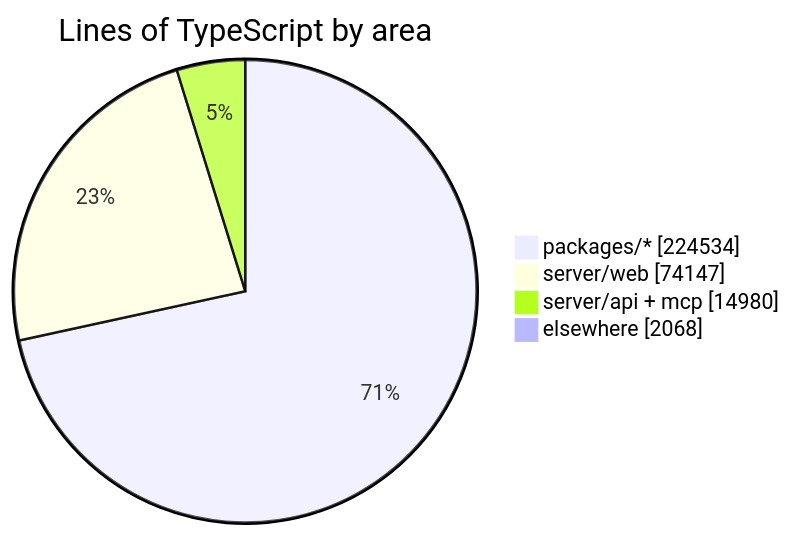
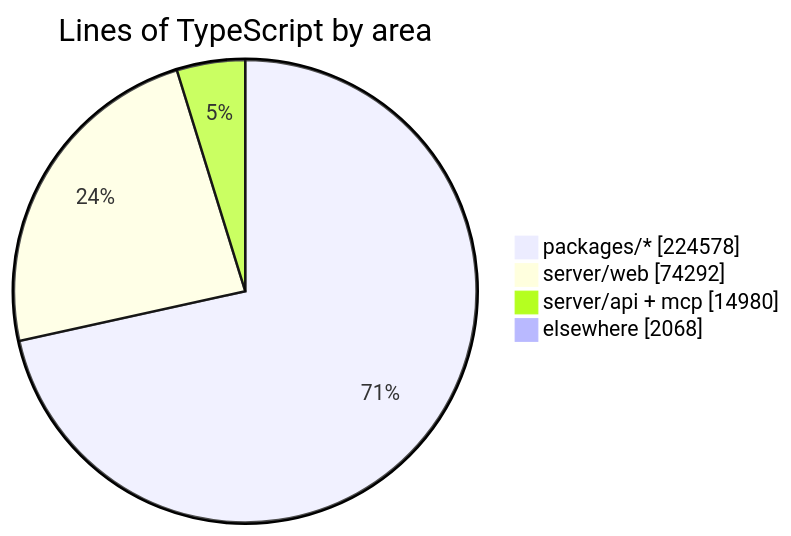
One commit to crossworks-engineering/mantle changed the diagram in README.md. Above: the diagram before and after it, drawn with Mermaid. The commit also changed other lines of this file and 2 other files, not shown here.

````diff
--- a/README.md
+++ b/README.md
@@ -287,7 +287,7 @@
 ```mermaid
 pie showData title Lines of TypeScript by area
-    "packages/*" : 224534
-    "server/web" : 74147
+    "packages/*" : 224578
+    "server/web" : 74292
     "server/api + mcp" : 14980
     "elsewhere" : 2068
 ```
````
